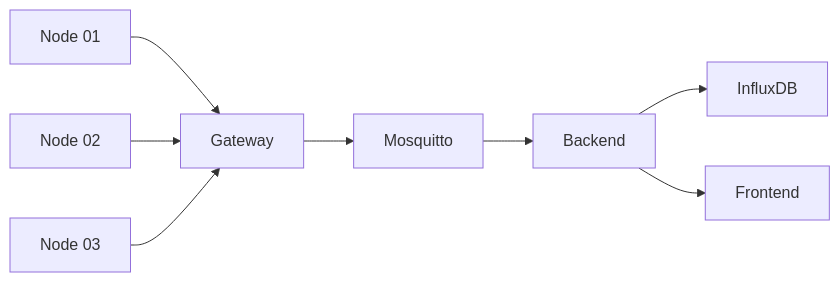
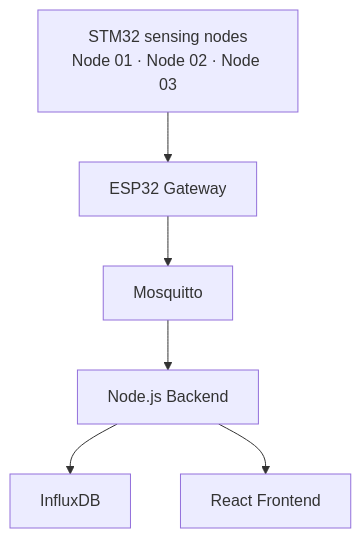
The first of 5 diagrams in README.md (haikevins/iot-system), drawn with Mermaid before and after one commit. The commit also changed other lines of this file and 3 other files, not shown here.

````diff
--- a/README.md
+++ b/README.md
@@ -176,10 +176,8 @@
 ```mermaid
-flowchart LR
-    N1["Node 01"] --> G["Gateway"]
-    N2["Node 02"] --> G
-    N3["Node 03"] --> G
+flowchart TB
+    NODES["STM32 sensing nodes<br/>Node 01 · Node 02 · Node 03"] --> G["ESP32 Gateway"]
     G --> M["Mosquitto"]
-    M --> B["Backend"]
+    M --> B["Node.js Backend"]
     B --> I["InfluxDB"]
-    B --> F["Frontend"]
+    B --> F["React Frontend"]
 ```
````
